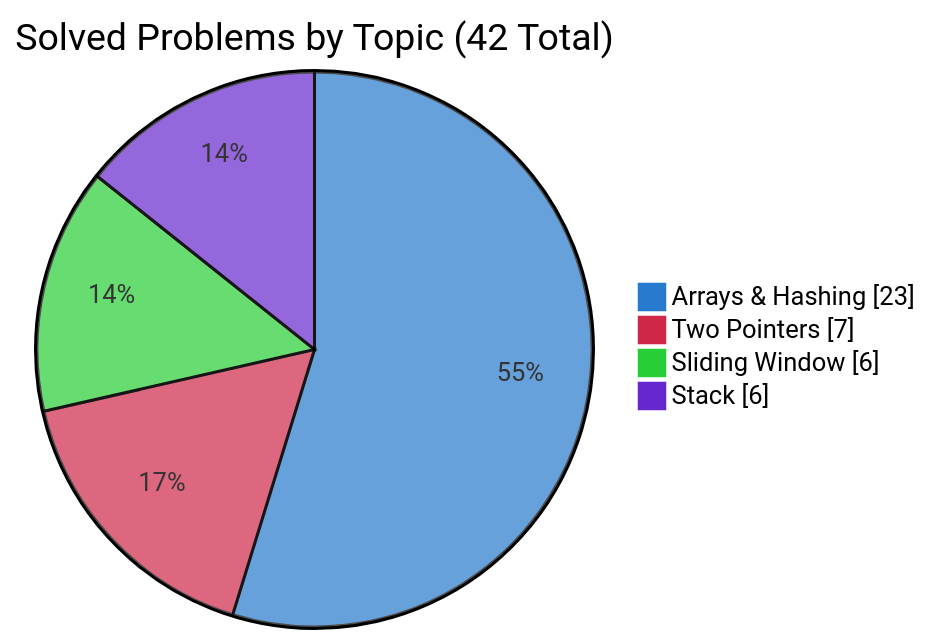
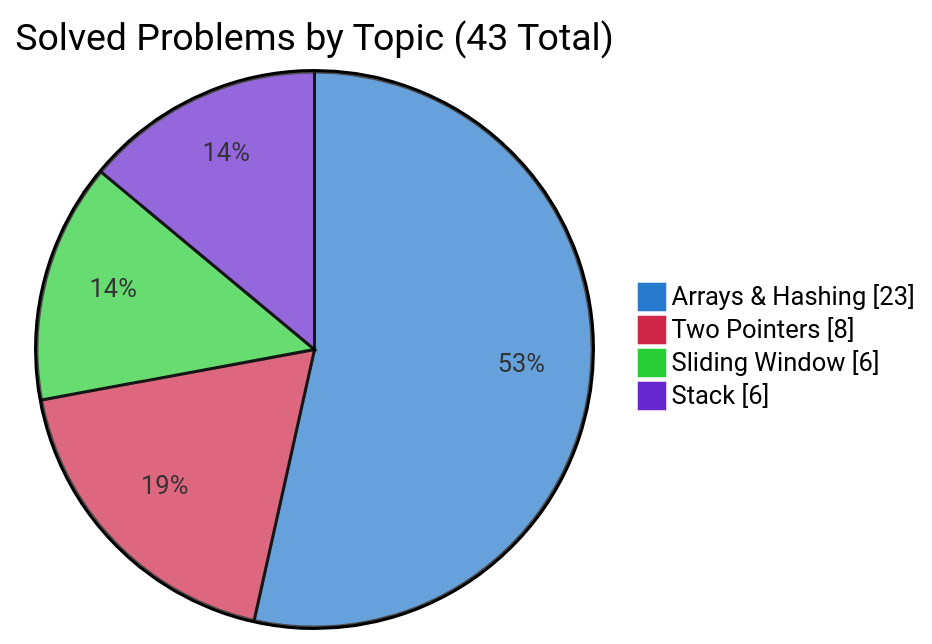
One commit to simonesiega/leetcode-solutions changed the first of 4 diagrams in README.md. Above: the diagram before and after it, drawn with Mermaid. The commit also changed other lines of this file and 3 other files, not shown here.

````diff
--- a/README.md
+++ b/README.md
@@ -75,9 +75,9 @@
 ```mermaid
 %%{init: {"themeVariables":{"pie1":"#277ace","pie2":"#ce2748","pie3":"#27ce35","pie4":"#6727ce"},"themeCSS":".pieCircle:nth-of-type(1){fill:#277ace!important}.legend:nth-of-type(2) rect{fill:#277ace!important;stroke:#277ace!important}.pieCircle:nth-of-type(2){fill:#ce2748!important}.legend:nth-of-type(3) rect{fill:#ce2748!important;stroke:#ce2748!important}.pieCircle:nth-of-type(3){fill:#27ce35!important}.legend:nth-of-type(4) rect{fill:#27ce35!important;stroke:#27ce35!important}.pieCircle:nth-of-type(4){fill:#6727ce!important}.legend:nth-of-type(5) rect{fill:#6727ce!important;stroke:#6727ce!important}"}}%%
 pie showData
-    title Solved Problems by Topic (42 Total)
+    title Solved Problems by Topic (43 Total)
     "Arrays & Hashing" : 23
-    "Two Pointers" : 7
+    "Two Pointers" : 8
     "Sliding Window" : 6
     "Stack" : 6
 ```
````
